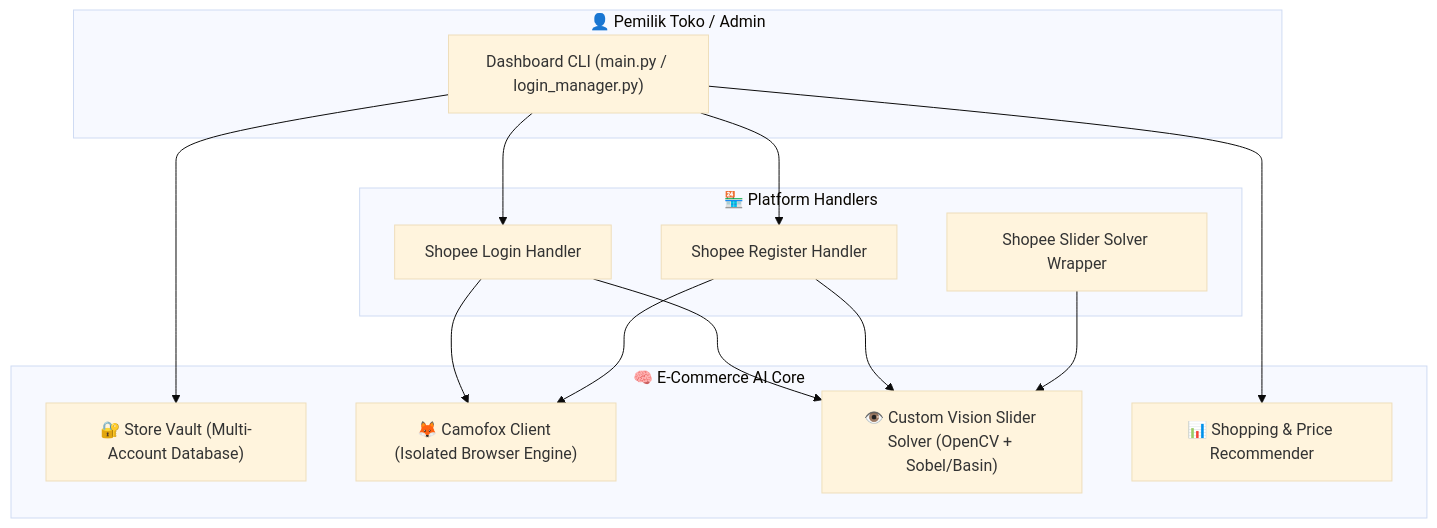
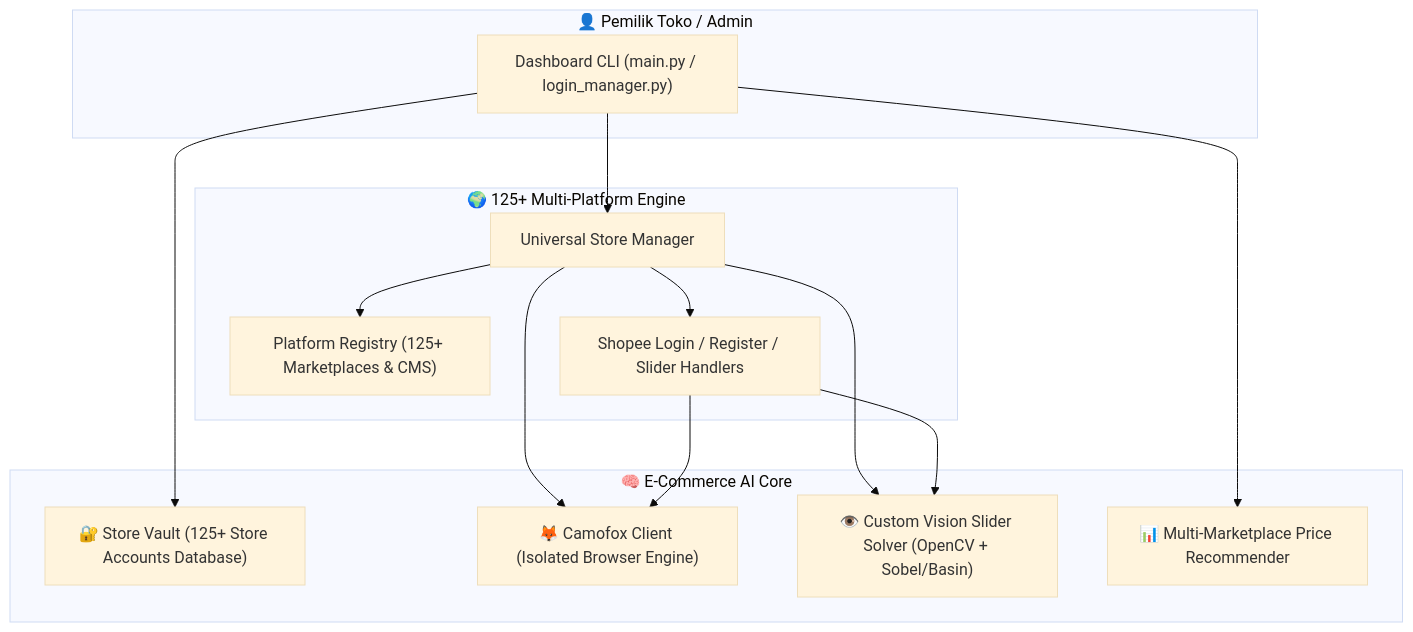
One commit to Khoerulwisnupirdaus/e-commerce-ai changed the diagram in README.md. Above: the diagram before and after it, drawn with Mermaid (base theme). The commit also changed other lines of this file and 6 other files, not shown here.

Commit message:
feat: expand to 125+ global & Indonesia e-commerce platforms and 125-store swarm vault

````diff
--- a/README.md
+++ b/README.md
@@ -11,25 +11,26 @@
 ```mermaid
 flowchart TD
     subgraph Owner["👤 Pemilik Toko / Admin"]
         CLI["Dashboard CLI (main.py / login_manager.py)"]
     end
 
     subgraph CoreEngine["🧠 E-Commerce AI Core"]
-        Vault["🔐 Store Vault (Multi-Account Database)"]
+        Vault["🔐 Store Vault (125+ Store Accounts Database)"]
         Camofox["🦊 Camofox Client (Isolated Browser Engine)"]
         Vision["👁️ Custom Vision Slider Solver (OpenCV + Sobel/Basin)"]
-        Recommender["📊 Shopping & Price Recommender"]
+        Recommender["📊 Multi-Marketplace Price Recommender"]
     end
 
-    subgraph Platforms["🏪 Platform Handlers"]
-        Login["Shopee Login Handler"]
-        Register["Shopee Register Handler"]
-        Slider["Shopee Slider Solver Wrapper"]
+    subgraph Platforms["🌍 125+ Multi-Platform Engine"]
+        Registry["Platform Registry (125+ Marketplaces & CMS)"]
+        Universal["Universal Store Manager"]
+        Shopee["Shopee Login / Register / Slider Handlers"]
     end
 
     CLI --> Vault
-    CLI --> Login & Register & Recommender
-    Login & Register --> Camofox
-    Login & Register --> Vision
-    Slider --> Vision
+    CLI --> Universal & Recommender
+    Universal --> Registry
+    Universal --> Shopee
+    Universal & Shopee --> Camofox
+    Universal & Shopee --> Vision
 ```
````
